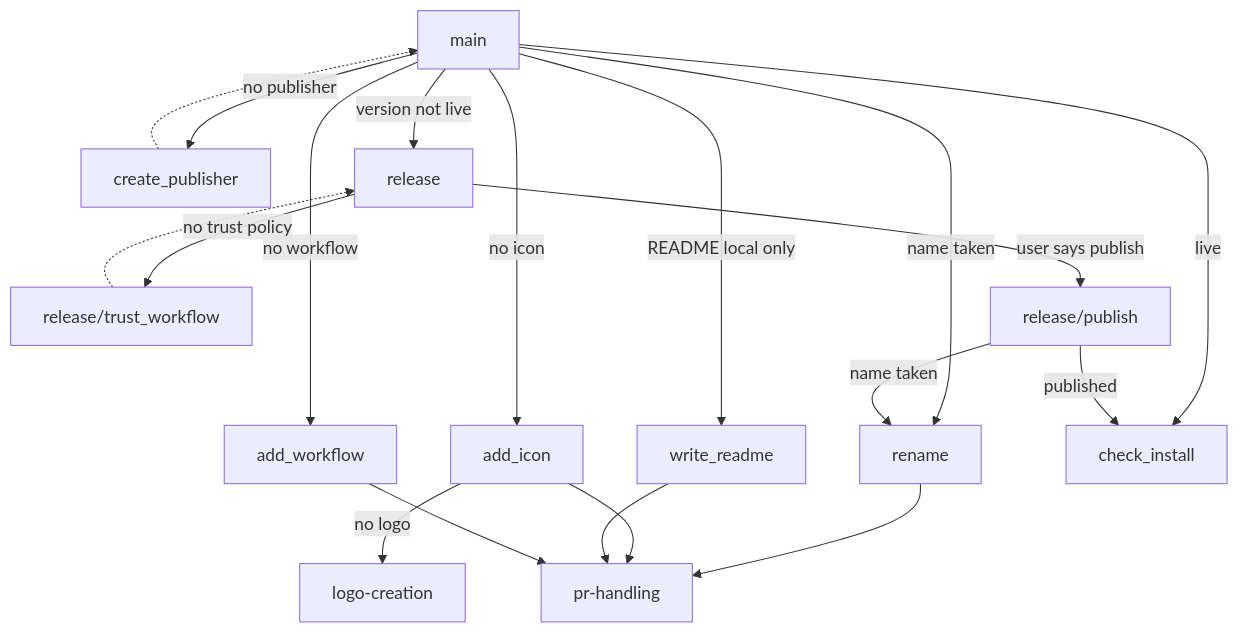
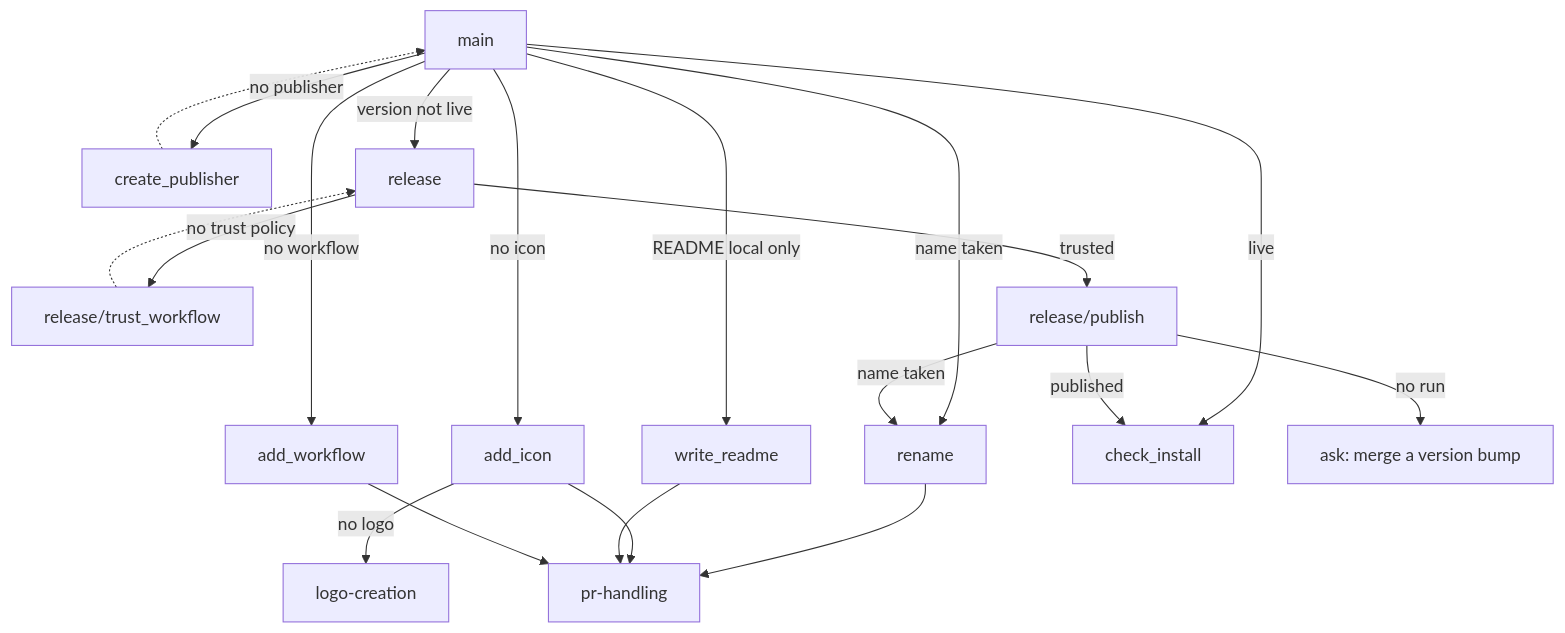
One commit to rein-lang/rein-lang.com changed the diagram in docs/examples/vscode-extension.md. Above: the diagram before and after it, drawn with Mermaid. The commit also changed other lines of this file, not shown here.

Commit message:
docs: vscode-extension publishes on merge

````diff
--- a/docs/examples/vscode-extension.md
+++ b/docs/examples/vscode-extension.md
@@ -48,18 +48,19 @@
 ```mermaid
 flowchart TD
     M["main"] -- "name taken" --> R["rename"]
     M -- "no publisher" --> P["create_publisher"]
     M -- "no icon" --> I["add_icon"]
     M -- "README local only" --> W["write_readme"]
     M -- "no workflow" --> A["add_workflow"]
     M -- "version not live" --> L["release"]
     M -- "live" --> C["check_install"]
     I -- "no logo" --> LC["logo-creation"]
     R & I & W & A --> PR["pr-handling"]
     P -.-> M
     L -- "no trust policy" --> T["release/trust_workflow"]
     T -.-> L
-    L -- "user says publish" --> PU["release/publish"]
+    L -- "trusted" --> PU["release/publish"]
     PU -- "published" --> C
     PU -- "name taken" --> R
+    PU -- "no run" --> Q["ask: merge a version bump"]
 ```
````
